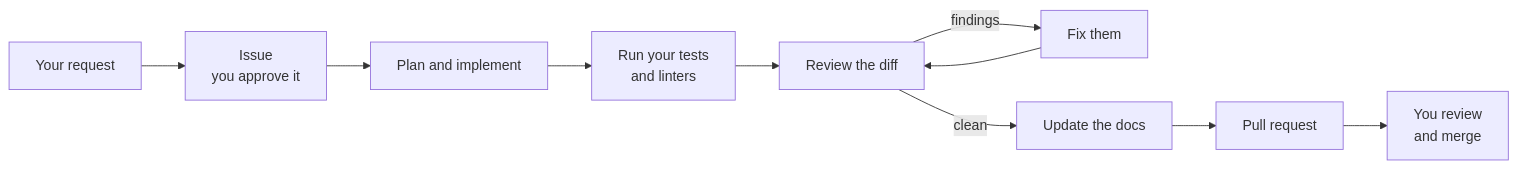
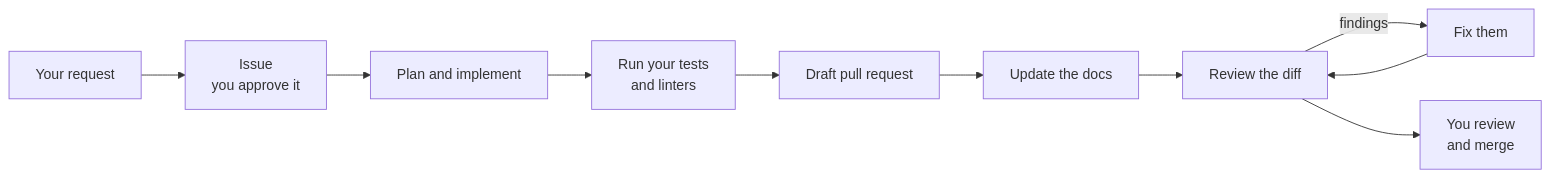
The diagram in docs/external/docs/index.md (The01Geek/prflow), drawn with Mermaid before and after one commit. The commit also changed other lines of this file and 127 other files, not shown here.

Commit message:
release: PRFlow v2.64.0 — /prflow:implement names branches by your rule and turns required docs into acceptance criteria, and review can read installed library source

````diff
--- a/docs/external/docs/index.md
+++ b/docs/external/docs/index.md
@@ -48,14 +48,14 @@
 ```mermaid
 flowchart LR
     accTitle: What one PRFlow run does between your request and your review
-    accDescr: A request becomes an issue you approve. PRFlow then plans the change, implements it, verifies it against your tests and reviews it. Findings from the review go back into another fix pass until the review is clean. PRFlow then updates documentation and opens a pull request. A person reviews and merges it.
+    accDescr: A request becomes an issue you approve. PRFlow then plans the change, implements it, verifies it against your tests, opens a draft pull request, updates documentation and reviews the change with its documentation. Findings from the review can go back into another fix pass. A person reviews and merges it.
     req["Your request"] --> issue["Issue<br/>you approve it"]
     issue --> plan["Plan and implement"]
     plan --> verify["Run your tests<br/>and linters"]
-    verify --> review["Review the diff"]
+    verify --> pr["Draft pull request"]
+    pr --> docs["Update the docs"]
+    docs --> review["Review the diff"]
     review -- "findings" --> fix["Fix them"]
     fix --> review
-    review -- "clean" --> docs["Update the docs"]
-    docs --> pr["Pull request"]
-    pr --> human["You review<br/>and merge"]
+    review --> human["You review<br/>and merge"]
 ```
````
